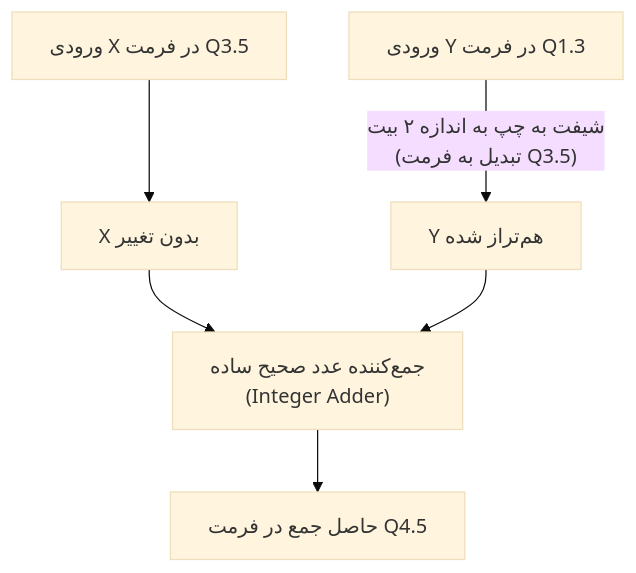
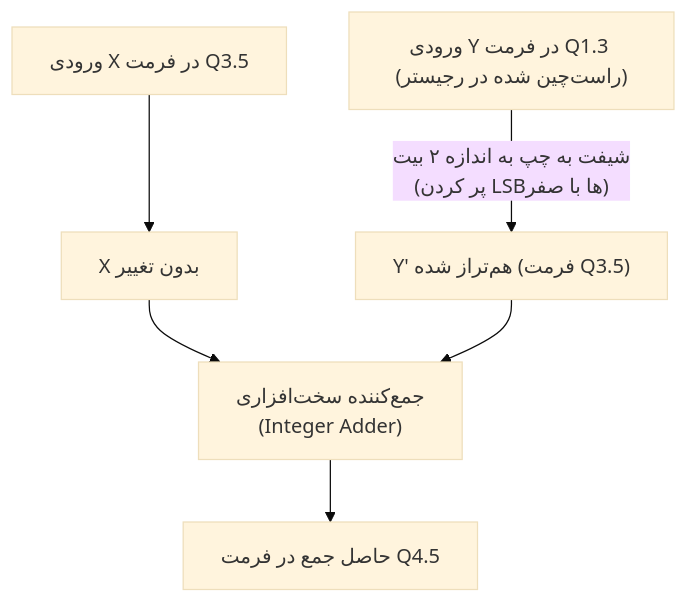
One commit to Mohammad-Khoshroo/number-systems changed the third of 12 diagrams in FXP/FXP-Translate.md. Above: the diagram before and after it, drawn with Mermaid (base theme). The commit also changed other lines of this file and 1 other file, not shown here.

````diff
--- a/FXP/FXP-Translate.md
+++ b/FXP/FXP-Translate.md
@@ -122,12 +156,12 @@
 ```mermaid
 flowchart TD
     A["ورودی X در فرمت Q3.5"]
-    B["ورودی Y در فرمت Q1.3"]
+    B["ورودی Y در فرمت Q1.3 (راست‌چین شده در رجیستر)"]
     
-    B -->|"شیفت به چپ به اندازه ۲ بیت<br/>(تبدیل به فرمت Q3.5)"| B_aligned["Y هم‌تراز شده"]
+    B -->|"شیفت به چپ به اندازه ۲ بیت<br/>(پر کردن LSBها با صفر)"| B_aligned["Y' هم‌تراز شده (فرمت Q3.5)"]
     A --> A_aligned["X بدون تغییر"]
     
-    A_aligned --> ADD["جمع‌کننده عدد صحیح ساده<br/>(Integer Adder)"]
+    A_aligned --> ADD["جمع‌کننده سخت‌افزاری<br/>(Integer Adder)"]
     B_aligned --> ADD
     ADD --> OUT["حاصل جمع در فرمت Q4.5"]
 ```
````
